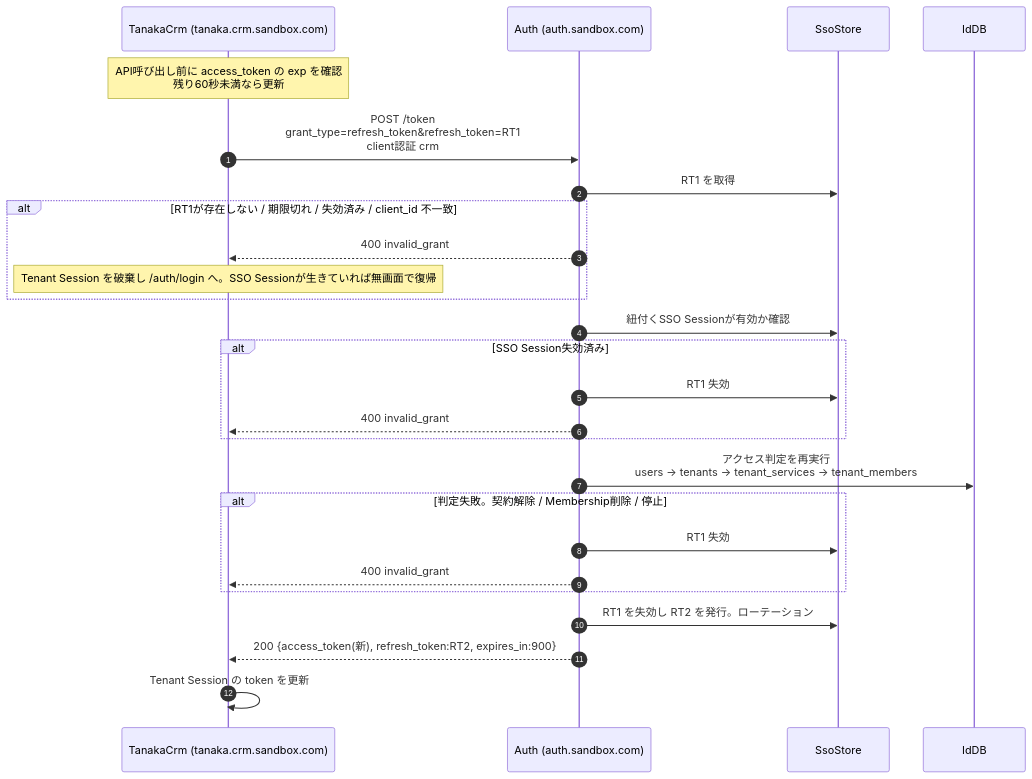
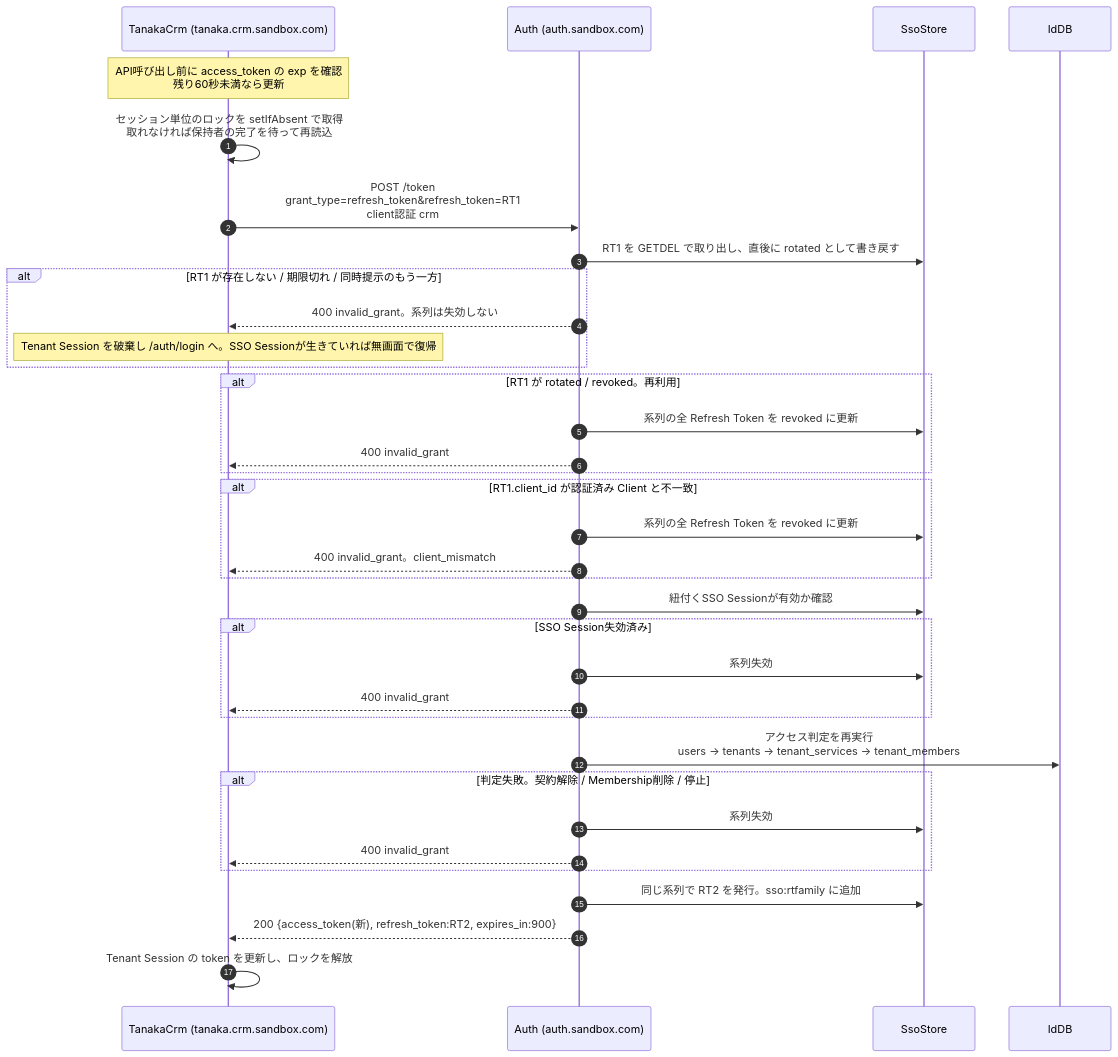
One commit to daisuke-tanabe/multi-domain-sandbox changed the seventh of 15 diagrams in docs/design/02-auth-sequences.md. Above: the diagram before and after it, drawn with Mermaid. The commit also changed other lines of this file and 51 other files, not shown here.

````diff
--- a/docs/design/02-auth-sequences.md
+++ b/docs/design/02-auth-sequences.md
@@ -278,29 +280,38 @@
 ```mermaid
 sequenceDiagram
     autonumber
     participant TanakaCrm as TanakaCrm (tanaka.crm.sandbox.com)
     participant Auth as Auth (auth.sandbox.com)
     participant SsoStore
     participant IdDB
 
     Note over TanakaCrm: API呼び出し前に access_token の exp を確認<br/>残り60秒未満なら更新
+    TanakaCrm->>TanakaCrm: セッション単位のロックを setIfAbsent で取得<br/>取れなければ保持者の完了を待って再読込
     TanakaCrm->>Auth: POST /token<br/>grant_type=refresh_token&refresh_token=RT1<br/>client認証 crm
-    Auth->>SsoStore: RT1 を取得
-    alt RT1が存在しない / 期限切れ / 失効済み / client_id 不一致
+    Auth->>SsoStore: RT1 を GETDEL で取り出し、直後に rotated として書き戻す
+    alt RT1 が存在しない / 期限切れ / 同時提示のもう一方
+        Auth-->>TanakaCrm: 400 invalid_grant。系列は失効しない
+        Note over TanakaCrm: Tenant Session を破棄し /auth/login へ。SSO Sessionが生きていれば無画面で復帰
+    end
+    alt RT1 が rotated / revoked。再利用
+        Auth->>SsoStore: 系列の全 Refresh Token を revoked に更新
         Auth-->>TanakaCrm: 400 invalid_grant
-        Note over TanakaCrm: Tenant Session を破棄し /auth/login へ。SSO Sessionが生きていれば無画面で復帰
+    end
+    alt RT1.client_id が認証済み Client と不一致
+        Auth->>SsoStore: 系列の全 Refresh Token を revoked に更新
+        Auth-->>TanakaCrm: 400 invalid_grant。client_mismatch
     end
     Auth->>SsoStore: 紐付くSSO Sessionが有効か確認
     alt SSO Session失効済み
-        Auth->>SsoStore: RT1 失効
+        Auth->>SsoStore: 系列失効
         Auth-->>TanakaCrm: 400 invalid_grant
     end
     Auth->>IdDB: アクセス判定を再実行<br/>users → tenants → tenant_services → tenant_members
     alt 判定失敗。契約解除 / Membership削除 / 停止
-        Auth->>SsoStore: RT1 失効
+        Auth->>SsoStore: 系列失効
         Auth-->>TanakaCrm: 400 invalid_grant
     end
-    Auth->>SsoStore: RT1 を失効し RT2 を発行。ローテーション
+    Auth->>SsoStore: 同じ系列で RT2 を発行。sso:rtfamily に追加
     Auth-->>TanakaCrm: 200 {access_token(新), refresh_token:RT2, expires_in:900}
-    TanakaCrm->>TanakaCrm: Tenant Session の token を更新
+    TanakaCrm->>TanakaCrm: Tenant Session の token を更新し、ロックを解放
 ```
````
